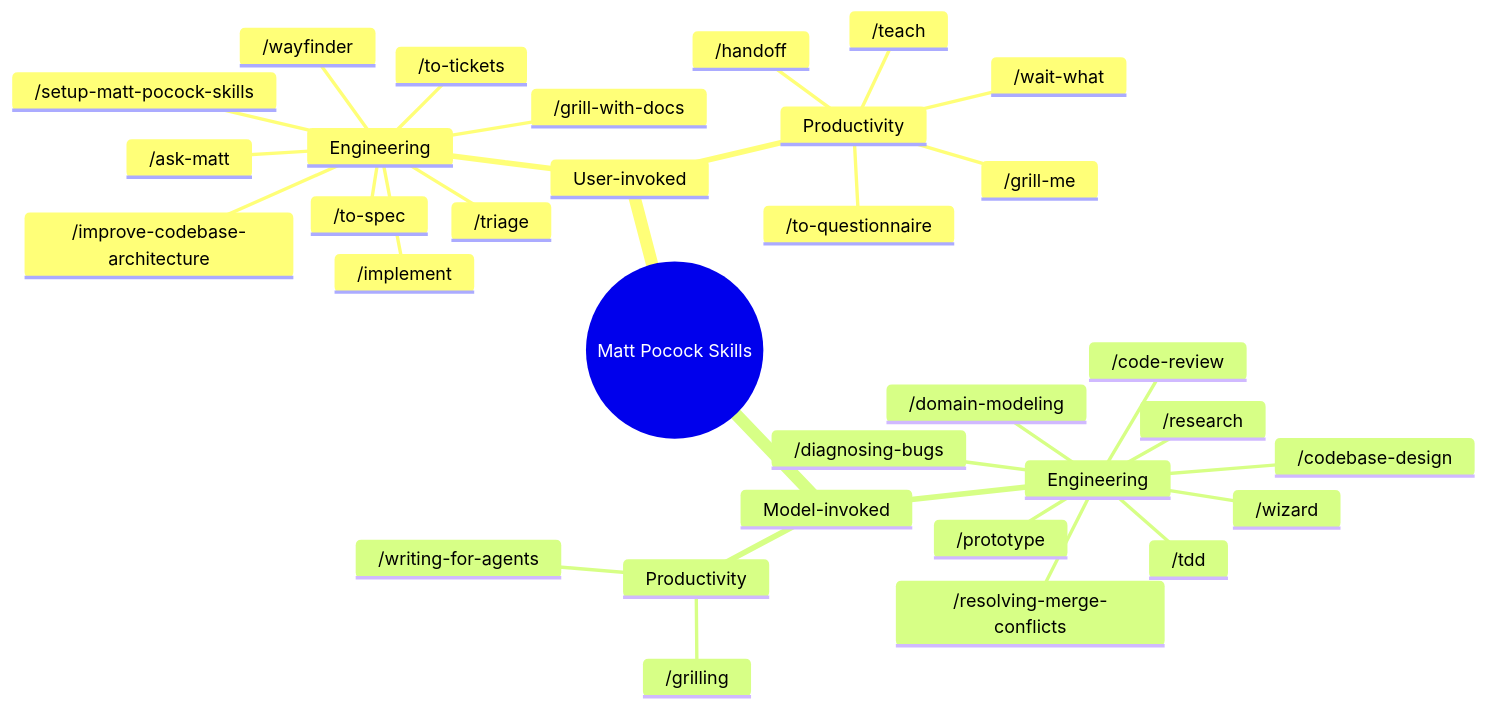
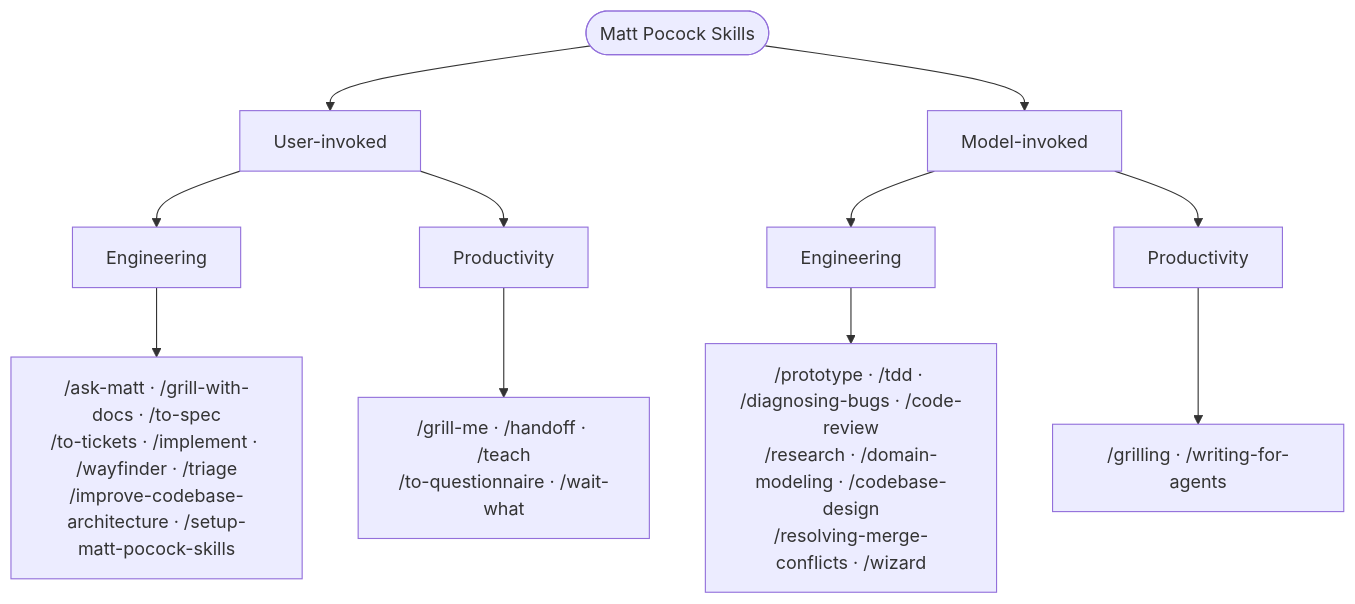
One commit to ALVIN-YANG/ylq-box changed the second of 4 diagrams in src/content/docs/ai-workflow/11-mattpocock-skills-deep-dive.md. Above: the diagram before and after it, drawn with Mermaid. The commit also changed 10 other files, not shown here.

Commit message:
perf: render Mermaid diagrams at build time

````diff
--- a/src/content/docs/ai-workflow/11-mattpocock-skills-deep-dive.md
+++ b/src/content/docs/ai-workflow/11-mattpocock-skills-deep-dive.md
@@ -147,35 +147,15 @@
 ```mermaid
-mindmap
-  root((Matt Pocock Skills))
-    User-invoked
-      Engineering
-        /ask-matt
-        /grill-with-docs
-        /to-spec
-        /to-tickets
-        /implement
-        /wayfinder
-        /triage
-        /improve-codebase-architecture
-        /setup-matt-pocock-skills
-      Productivity
-        /grill-me
-        /handoff
-        /teach
-        /to-questionnaire
-        /wait-what
-    Model-invoked
-      Engineering
-        /prototype
-        /tdd
-        /diagnosing-bugs
-        /code-review
-        /research
-        /domain-modeling
-        /codebase-design
-        /resolving-merge-conflicts
-        /wizard
-      Productivity
-        /grilling
-        /writing-for-agents
+flowchart TB
+  Root([Matt Pocock Skills]) --> User[User-invoked]
+  Root --> Model[Model-invoked]
+
+  User --> UserEngineering[Engineering]
+  User --> UserProductivity[Productivity]
+  UserEngineering --> UserEngineeringSkills["/ask-matt · /grill-with-docs · /to-spec<br/>/to-tickets · /implement · /wayfinder · /triage<br/>/improve-codebase-architecture · /setup-matt-pocock-skills"]
+  UserProductivity --> UserProductivitySkills["/grill-me · /handoff · /teach<br/>/to-questionnaire · /wait-what"]
+
+  Model --> ModelEngineering[Engineering]
+  Model --> ModelProductivity[Productivity]
+  ModelEngineering --> ModelEngineeringSkills["/prototype · /tdd · /diagnosing-bugs · /code-review<br/>/research · /domain-modeling · /codebase-design<br/>/resolving-merge-conflicts · /wizard"]
+  ModelProductivity --> ModelProductivitySkills["/grilling · /writing-for-agents"]
 ```
````
